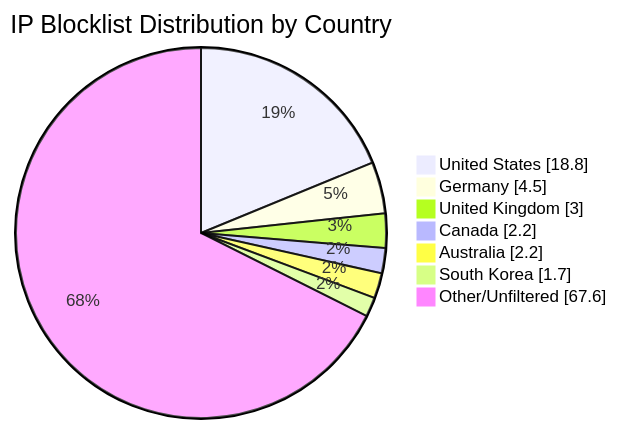
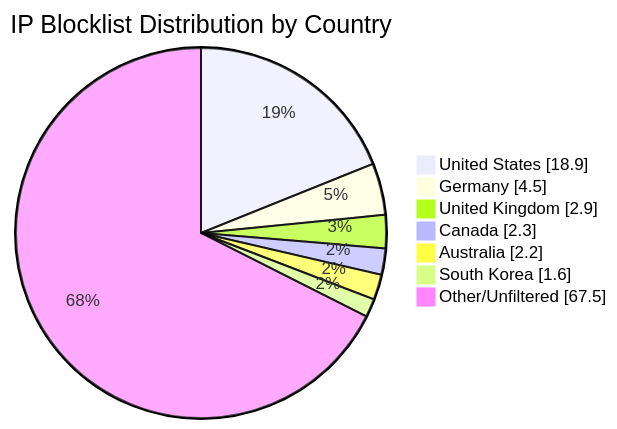
Before and after one commit to MarcusHoltz/ipblocklist-geofiltered-aggregator: the diagram in README.md, drawn with Mermaid. The commit also changed other lines of this file and 9 other files, not shown here.

````diff
--- a/README.md
+++ b/README.md
@@ -34,10 +34,10 @@
 ```mermaid
 pie showData title IP Blocklist Distribution by Country
-"United States" : 18.8
+"United States" : 18.9
 "Germany" : 4.5
-"United Kingdom" : 3.0
-"Canada" : 2.2
+"United Kingdom" : 2.9
+"Canada" : 2.3
 "Australia" : 2.2
-"South Korea" : 1.7
-"Other/Unfiltered" : 67.6
+"South Korea" : 1.6
+"Other/Unfiltered" : 67.5
 ```
````
